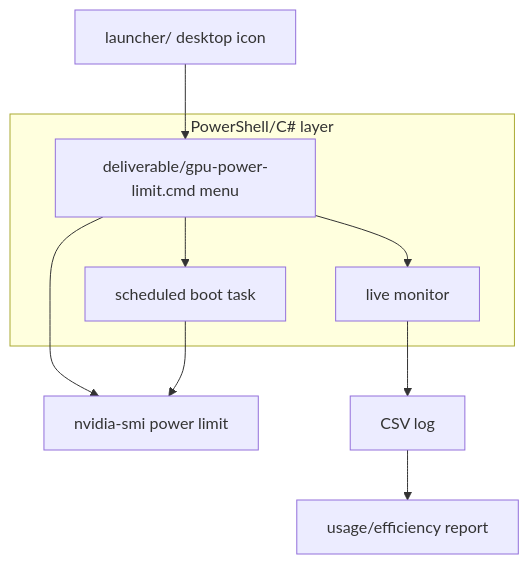
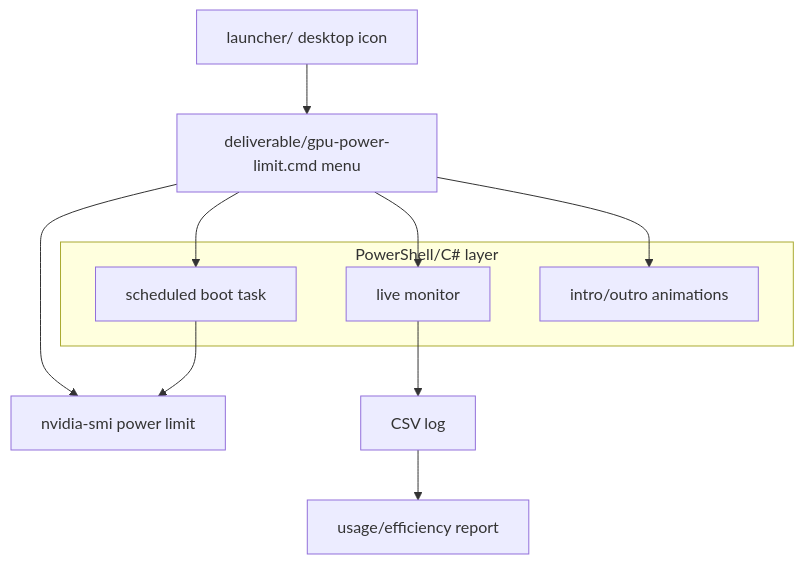
The diagram in README.md (walladanger/rtx-wattcap), drawn with Mermaid before and after one commit. The commit also changed other lines of this file, not shown here.

Commit message:
docs(readme): restore overview sentence, fix architecture layering

````diff
--- a/README.md
+++ b/README.md
@@ -12,15 +13,16 @@
 ```mermaid
 graph TD
     Launcher["launcher/ desktop icon"] --> Menu["deliverable/gpu-power-limit.cmd menu"]
     Menu --> NvidiaSmi["nvidia-smi power limit"]
     Menu --> BootTask["scheduled boot task"]
     BootTask --> NvidiaSmi
     Menu --> Monitor["live monitor"]
     Monitor --> CsvLog["CSV log"]
     CsvLog --> Report["usage/efficiency report"]
+    Menu --> Intro["intro/outro animations"]
     subgraph "PowerShell/C# layer"
-        Menu
         BootTask
         Monitor
+        Intro
     end
 ```
````
